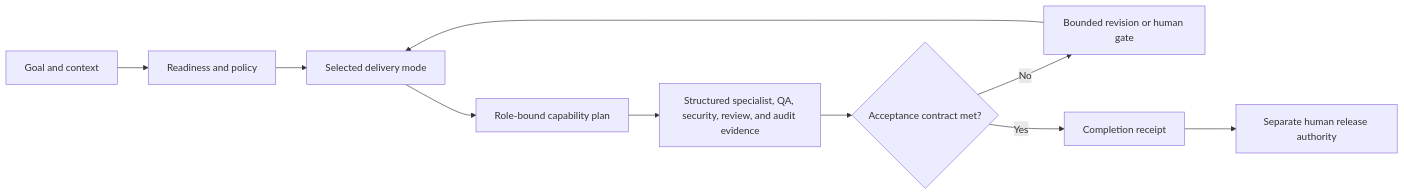
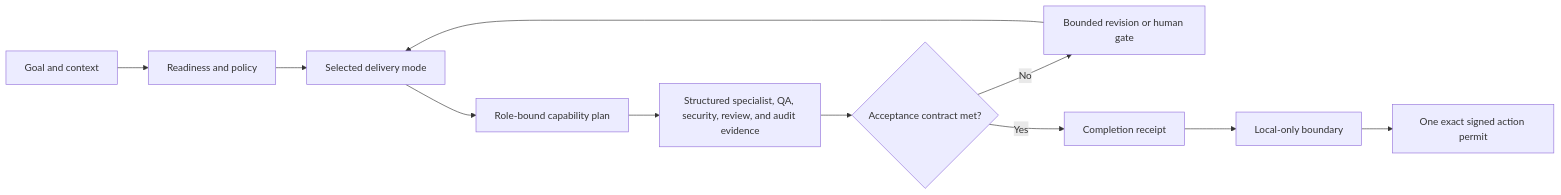
One commit to JarodFroneman/jstack changed the first of 2 diagrams in README.md. Above: the diagram before and after it, drawn with Mermaid. The commit also changed other lines of this file and 93 other files, not shown here.

Commit message:
feat: add exact external-action authorization boundary

````diff
--- a/README.md
+++ b/README.md
@@ -99,12 +99,13 @@
 ```mermaid
 flowchart LR
     A[Goal and context] --> B[Readiness and policy]
     B --> C[Selected delivery mode]
     C --> K[Role-bound capability plan]
     K --> D[Structured specialist, QA, security, review, and audit evidence]
     D --> E{Acceptance contract met?}
     E -- No --> F[Bounded revision or human gate]
     F --> C
     E -- Yes --> G[Completion receipt]
-    G --> H[Separate human release authority]
+    G --> H[Local-only boundary]
+    H --> I[One exact signed action permit]
 ```
````
